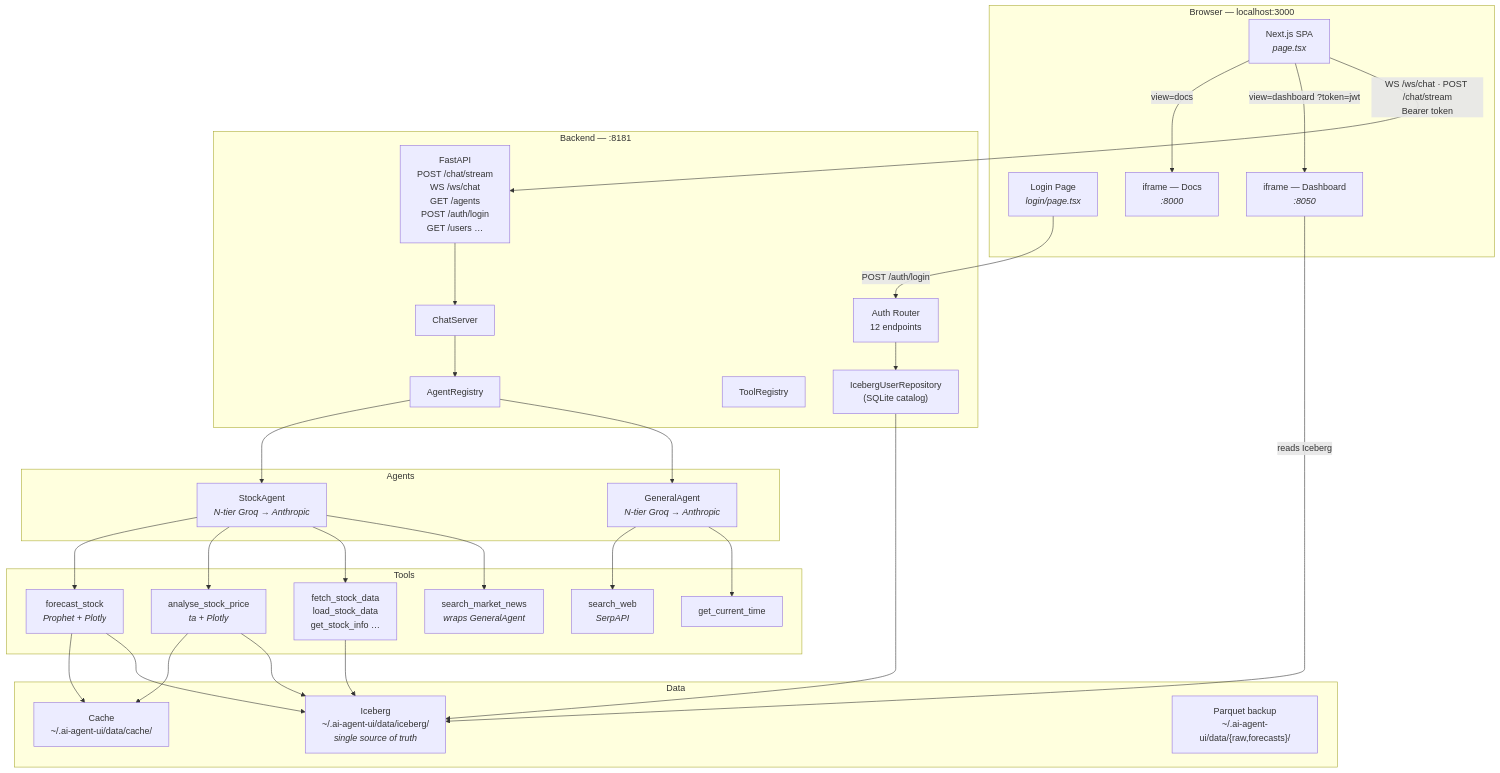
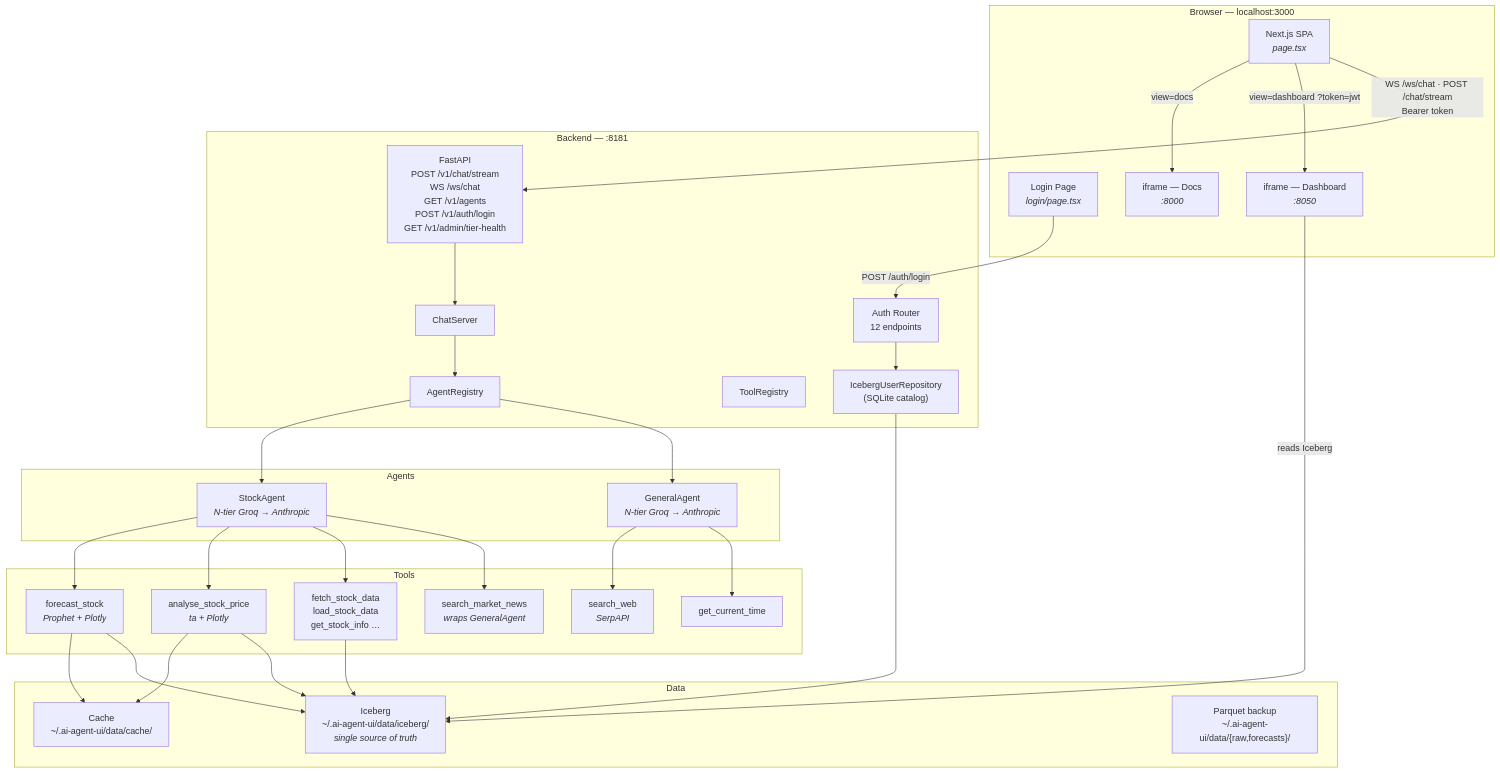
One commit to aset-platform/ai-agent-ui changed the first of 5 diagrams in README.md. Above: the diagram before and after it, drawn with Mermaid. The commit also changed other lines of this file and 116 other files, not shown here.

First line of the commit message:
feat: Iceberg partitioning, tier health, API v1, E2E coverage (ASETPLTFRM-13-20) (#89)

````diff
--- a/README.md
+++ b/README.md
@@ -68,52 +68,52 @@
 ```mermaid
 graph TD
     subgraph Browser["Browser — localhost:3000"]
         UI["Next.js SPA<br/><i>page.tsx</i>"]
         Login["Login Page<br/><i>login/page.tsx</i>"]
         IF_DASH["iframe — Dashboard<br/><i>:8050</i>"]
         IF_DOCS["iframe — Docs<br/><i>:8000</i>"]
     end
 
     subgraph Backend["Backend — :8181"]
-        API["FastAPI<br/>POST /chat/stream<br/>WS /ws/chat<br/>GET /agents<br/>POST /auth/login<br/>GET /users …"]
+        API["FastAPI<br/>POST /v1/chat/stream<br/>WS /ws/chat<br/>GET /v1/agents<br/>POST /v1/auth/login<br/>GET /v1/admin/tier-health"]
         CS["ChatServer"]
         AR["AgentRegistry"]
         TR["ToolRegistry"]
         AUTH["Auth Router<br/>12 endpoints"]
         ICE["IcebergUserRepository<br/>(SQLite catalog)"]
     end
 
     subgraph Agents["Agents"]
         GA["GeneralAgent<br/><i>N-tier Groq → Anthropic</i>"]
         SA["StockAgent<br/><i>N-tier Groq → Anthropic</i>"]
     end
 
     subgraph Tools["Tools"]
         T1["get_current_time"]
         T2["search_web<br/><i>SerpAPI</i>"]
         T3["search_market_news<br/><i>wraps GeneralAgent</i>"]
         T4["fetch_stock_data<br/>load_stock_data<br/>get_stock_info …"]
         T5["analyse_stock_price<br/><i>ta + Plotly</i>"]
         T6["forecast_stock<br/><i>Prophet + Plotly</i>"]
     end
 
     subgraph Data["Data"]
         IC["Iceberg<br/>~/.ai-agent-ui/data/iceberg/<br/><i>single source of truth</i>"]
         C["Cache<br/>~/.ai-agent-ui/data/cache/"]
         P["Parquet backup<br/>~/.ai-agent-ui/data/{raw,forecasts}/"]
     end
 
     Login -->|"POST /auth/login"| AUTH
     AUTH --> ICE --> IC
     UI -->|"WS /ws/chat · POST /chat/stream<br/>Bearer token"| API
     API --> CS --> AR
     AR --> GA & SA
     GA --> T1 & T2
     SA --> T3 & T4 & T5 & T6
     T4 --> IC
     T5 --> IC & C
     T6 --> IC & C
     IF_DASH -->|"reads Iceberg"| IC
     UI -->|"view=dashboard ?token=jwt"| IF_DASH
     UI -->|"view=docs"| IF_DOCS
 ```
````
